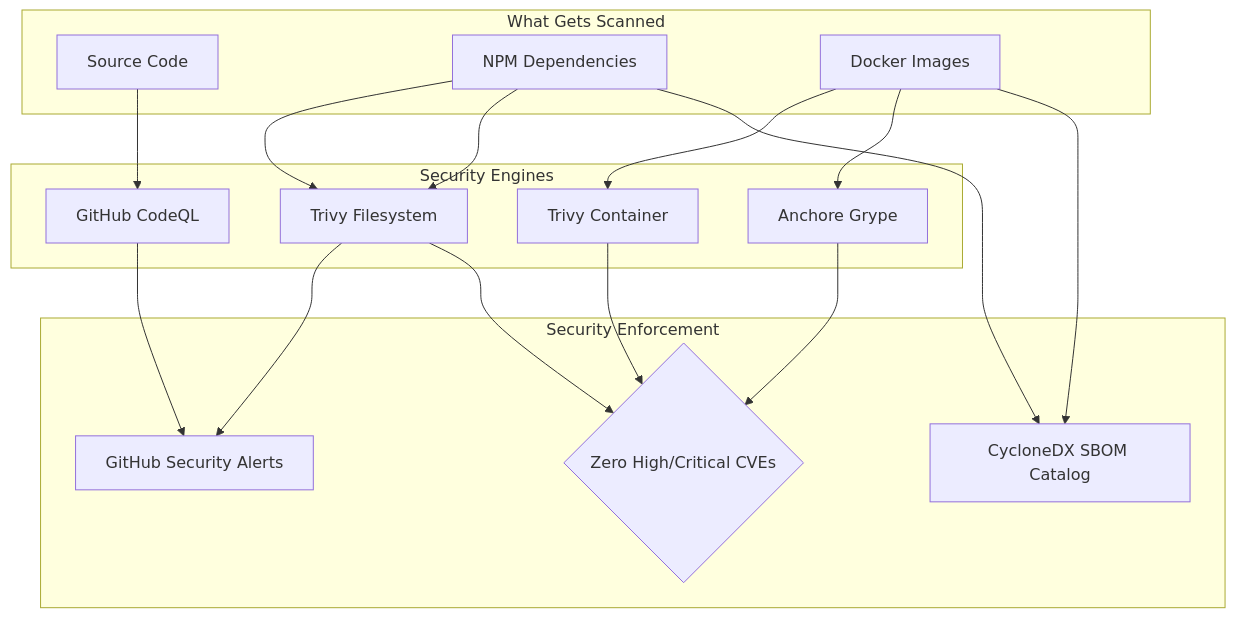
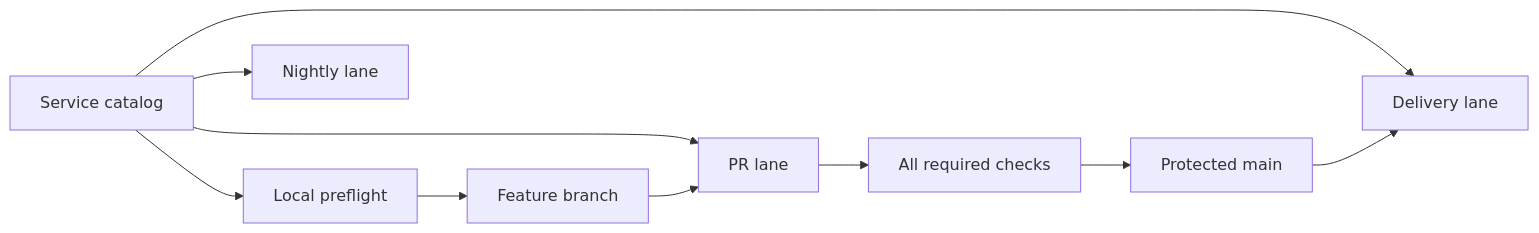
One commit to joelmale/nexusVTT changed the diagram in apps/docs/platform/ci-cd-pipelines.md. Above: the diagram before and after it, drawn with Mermaid. The commit also changed other lines of this file and 23 other files, not shown here.

Commit message:
ci: split validation delivery and nightly lanes

````diff
--- a/apps/docs/platform/ci-cd-pipelines.md
+++ b/apps/docs/platform/ci-cd-pipelines.md
@@ -167,29 +12,12 @@
 ```mermaid
-flowchart TD
-    subgraph ScanTargets["What Gets Scanned"]
-        SRC[Source Code]
-        NPM[NPM Dependencies]
-        IMG[Docker Images]
-    end
-
-    subgraph SecurityTools["Security Engines"]
-        CQ[GitHub CodeQL]
-        TRIVY_FS[Trivy Filesystem]
-        TRIVY_IMG[Trivy Container]
-        GRYPE[Anchore Grype]
-    end
-
-    subgraph Outcomes["Security Enforcement"]
-        SARIF[GitHub Security Alerts]
-        SBOM[CycloneDX SBOM Catalog]
-        BLOCK{Zero High/Critical CVEs}
-    end
-
-    SRC --> CQ --> SARIF
-    NPM --> TRIVY_FS --> SARIF
-    NPM --> TRIVY_FS --> BLOCK
-    IMG --> TRIVY_IMG --> BLOCK
-    IMG --> GRYPE --> BLOCK
-    NPM --> SBOM
-    IMG --> SBOM
+flowchart LR
+  Catalog[Service catalog] --> Preflight[Local preflight]
+  Catalog --> PR[PR lane]
+  Catalog --> Delivery[Delivery lane]
+  Catalog --> Nightly[Nightly lane]
+  Preflight --> Branch[Feature branch]
+  Branch --> PR
+  PR --> Gate[All required checks]
+  Gate --> Main[Protected main]
+  Main --> Delivery
 ```
````
